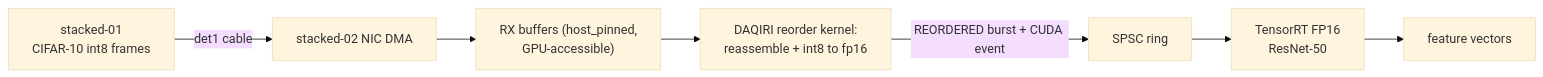
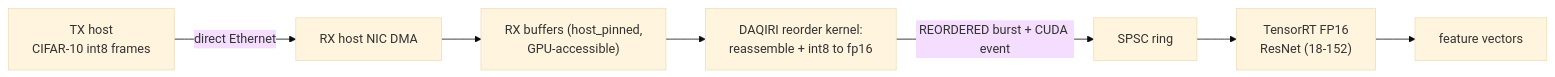
One commit to NVIDIA/daqiri changed the diagram in docs/benchmarks/performance-dgx-spark.md. Above: the diagram before and after it, drawn with Mermaid (base theme). The commit also changed other lines of this file and 15 other files, not shown here.

````diff
--- a/docs/benchmarks/performance-dgx-spark.md
+++ b/docs/benchmarks/performance-dgx-spark.md
@@ -354,9 +139,9 @@
 ```mermaid
 flowchart LR
-  TX["stacked-01<br/>CIFAR-10 int8 frames"] -->|"det1 cable"| N["stacked-02 NIC DMA"]
+  TX["TX host<br/>CIFAR-10 int8 frames"] -->|"direct Ethernet"| N["RX host NIC DMA"]
   N --> R["RX buffers (host_pinned,<br/>GPU-accessible)"]
   R --> K["DAQIRI reorder kernel:<br/>reassemble + int8 to fp16"]
   K -->|"REORDERED burst + CUDA event"| Q["SPSC ring"]
-  Q --> T["TensorRT FP16<br/>ResNet-50"]
+  Q --> T["TensorRT FP16<br/>ResNet (18-152)"]
   T --> F["feature vectors"]
 ```
````
